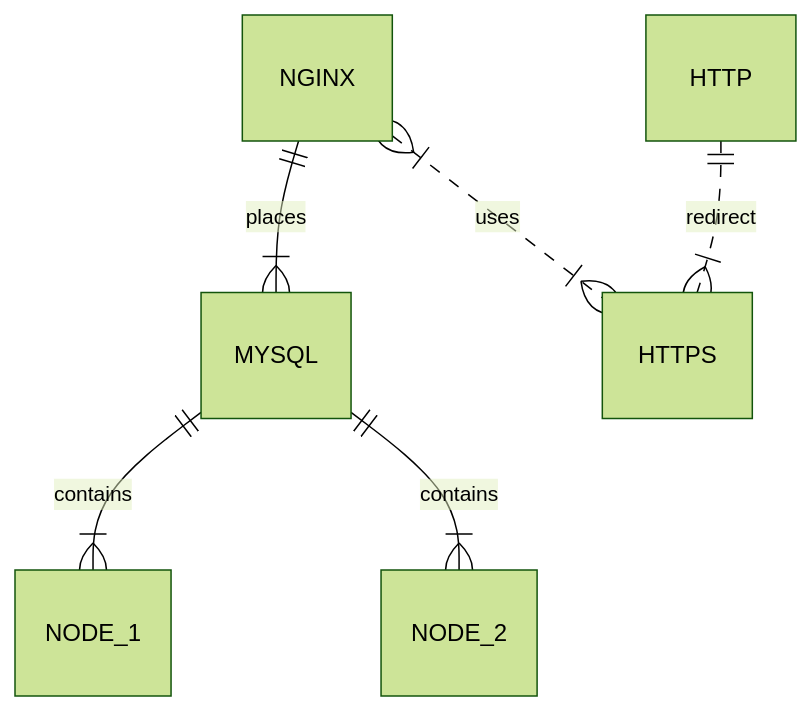
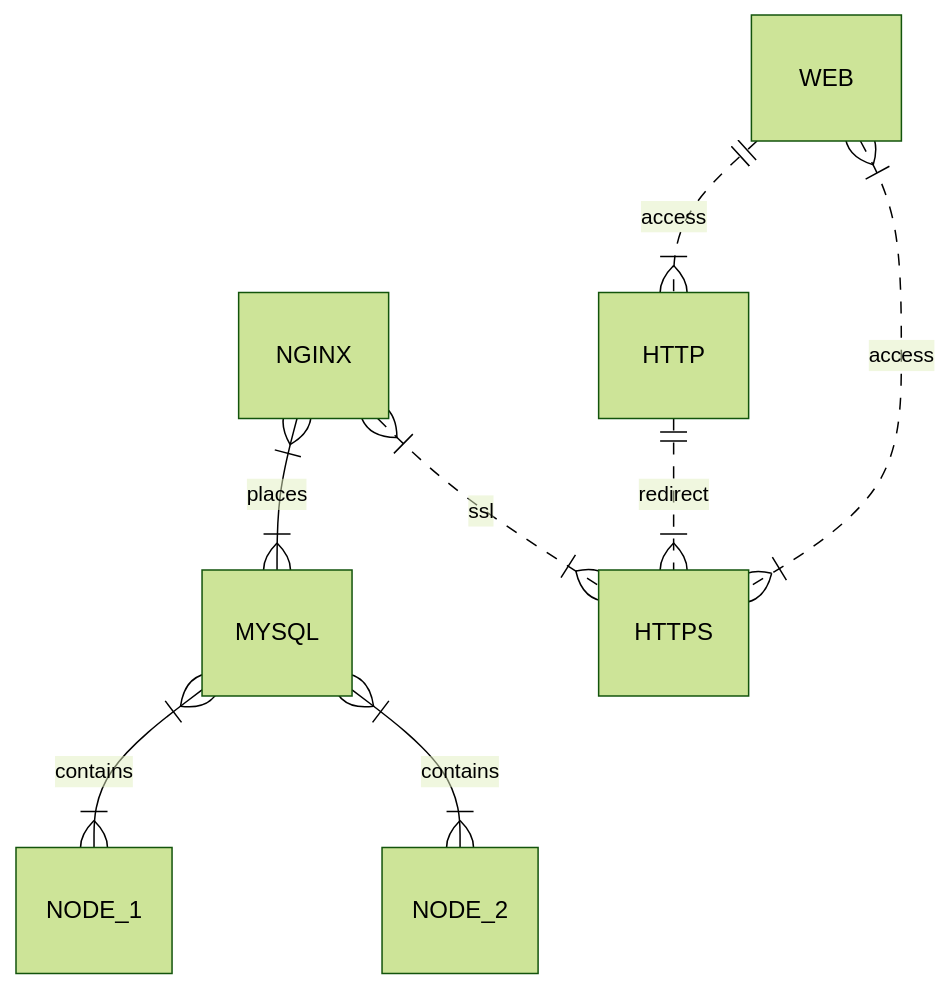
The diagram in README.md (HandAssMan/zabbix), drawn with Mermaid (forest theme) before and after one commit.

````diff
--- a/README.md
+++ b/README.md
@@ -3,8 +3,10 @@
 ```mermaid
 erDiagram
-    NGINX ||--|{ MYSQL : places
-    MYSQL ||--|{ NODE_1 : contains
-    MYSQL ||--|{ NODE_2 : contains
-    NGINX }|..|{ HTTPS : uses
+    NGINX }|--|{ MYSQL : places
+    MYSQL }|--|{ NODE_1 : contains
+    MYSQL }|--|{ NODE_2 : contains
+    NGINX }|..|{ HTTPS : ssl
     HTTP ||..|{ HTTPS : redirect
+    WEB }|..|{ HTTPS : access
+    WEB ||..|{ HTTP : access
 ```
````
